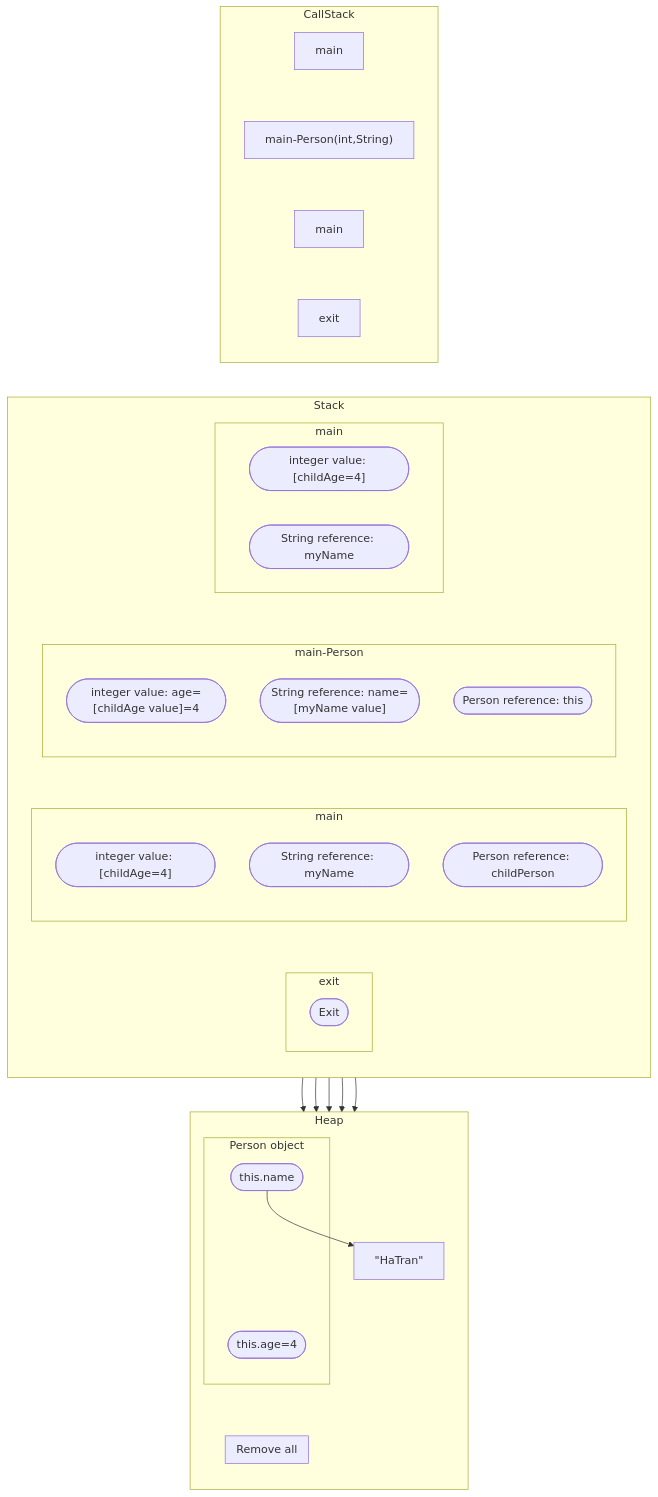
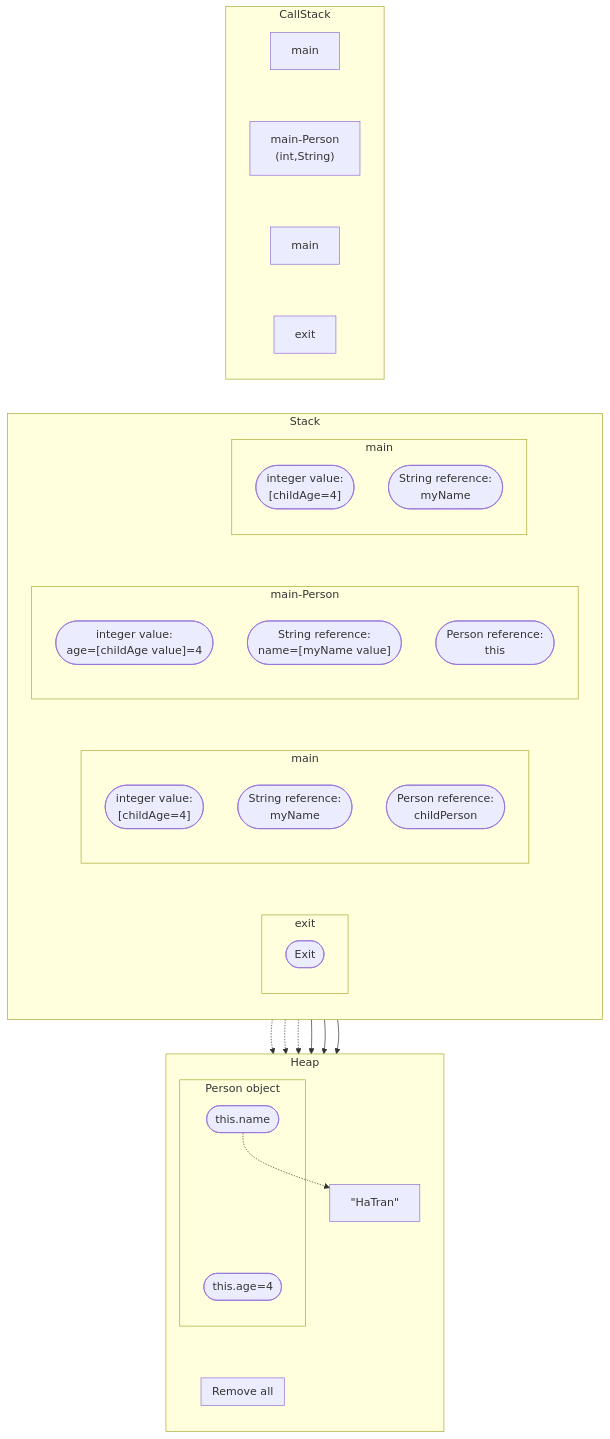
One commit to hazoe-dev/samples_effective_java changed the diagram in samples_effective_java/src/documents/GarbageCollector.md. Above: the diagram before and after it, drawn with Mermaid.

Commit message:
Update image for garbage collector

`````diff
--- a/samples_effective_java/src/documents/GarbageCollector.md
+++ b/samples_effective_java/src/documents/GarbageCollector.md
@@ -25,70 +25,80 @@
 ````mermaid
 flowchart TB
     subgraph g1[CallStack]
         direction TB
         c1[main]
-        c2["main-Person(int,String)"]
+        c2["main-Person
+        (int,String)"]
         c3[main]
         c4[exit]
         
         c1~~~c2
         c2~~~c3
         c3~~~c4
     end
 
     subgraph g2[Stack]
         direction TB
         subgraph m1[main]
-            s1(["integer value: [childAge=4]"])
-            s2(["String reference: myName"])
+            s1(["integer value:
+            [childAge=4]"])
+            s2(["String reference:
+            myName"])
         end
         
         subgraph m2[main-Person]
             direction TB
-            s3(["integer value: age=[childAge value]=4"])
-            s4(["String reference: name=[myName value]"])
-            s5(["Person reference: this"])
+            s3(["integer value:
+            age=[childAge value]=4"])
+            s4(["String reference:
+            name=[myName value]"])
+            s5(["Person reference:
+            this"])
         end
 
         subgraph m3[main]
             direction TB
-            s6(["integer value: [childAge=4]"])
-            s7(["String reference: myName"])
-            s8(["Person reference: childPerson"])
+            s6(["integer value:
+            [childAge=4]"])
+            s7(["String reference:
+            myName"])
+            s8(["Person reference:
+            childPerson"])
         end
 
         subgraph m4[exit]
             s9(["Exit"])
         end
 
         m1~~~m2
         m2~~~m3
         m3~~~m4
     end
     
     subgraph g3[Heap]
         direction TB
         h1["#quot;HaTran#quot;"]
         subgraph p[Person object]
             p1(["this.age=4"])
             p2(["this.name"])
         end
         subgraph r[Remove all]
         end
         h1~~~p
         p~~~r
-        p2 --> h1
+        p2 -.-> h1
     end
-    s4 --> h1
-    s7--> h1
+    s2 -.-> h1
+    s4 -.-> h1
+    s7 -.-> h1
     s8  --> p
     s5 --> p
     
     c1~~~m1
     c2~~~m2
     c3~~~m3
     c4~~~m4
     s9-->r
 
 
 ````
`````
